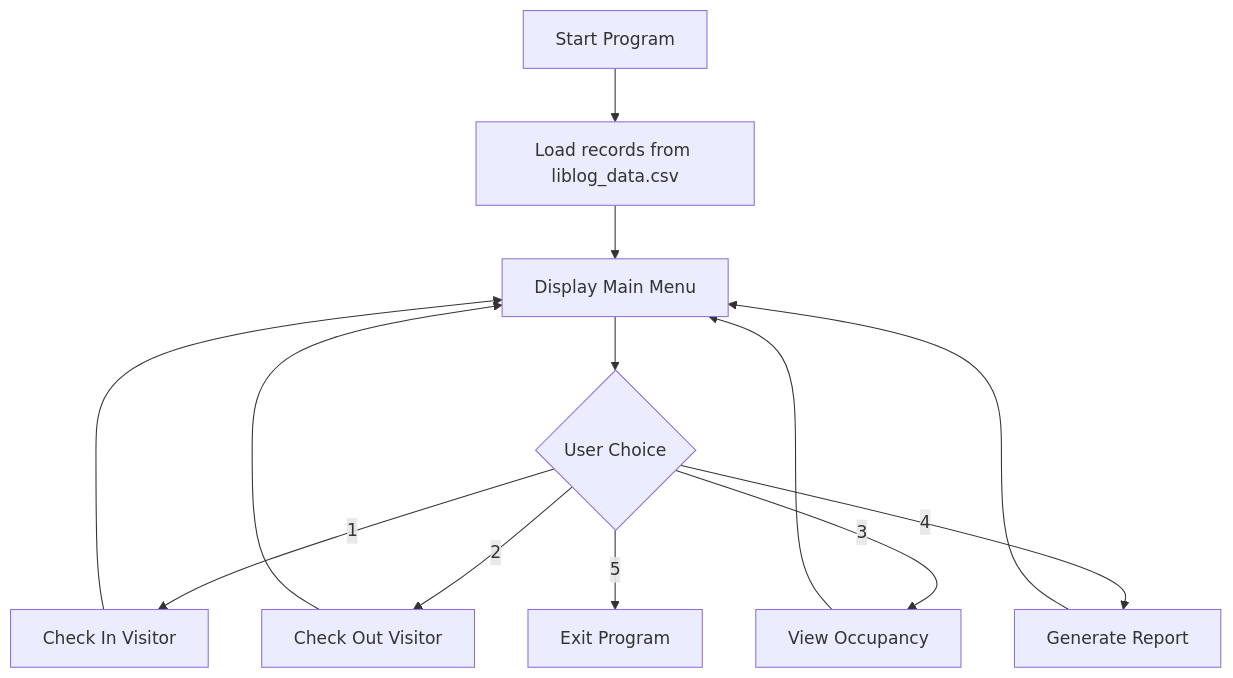
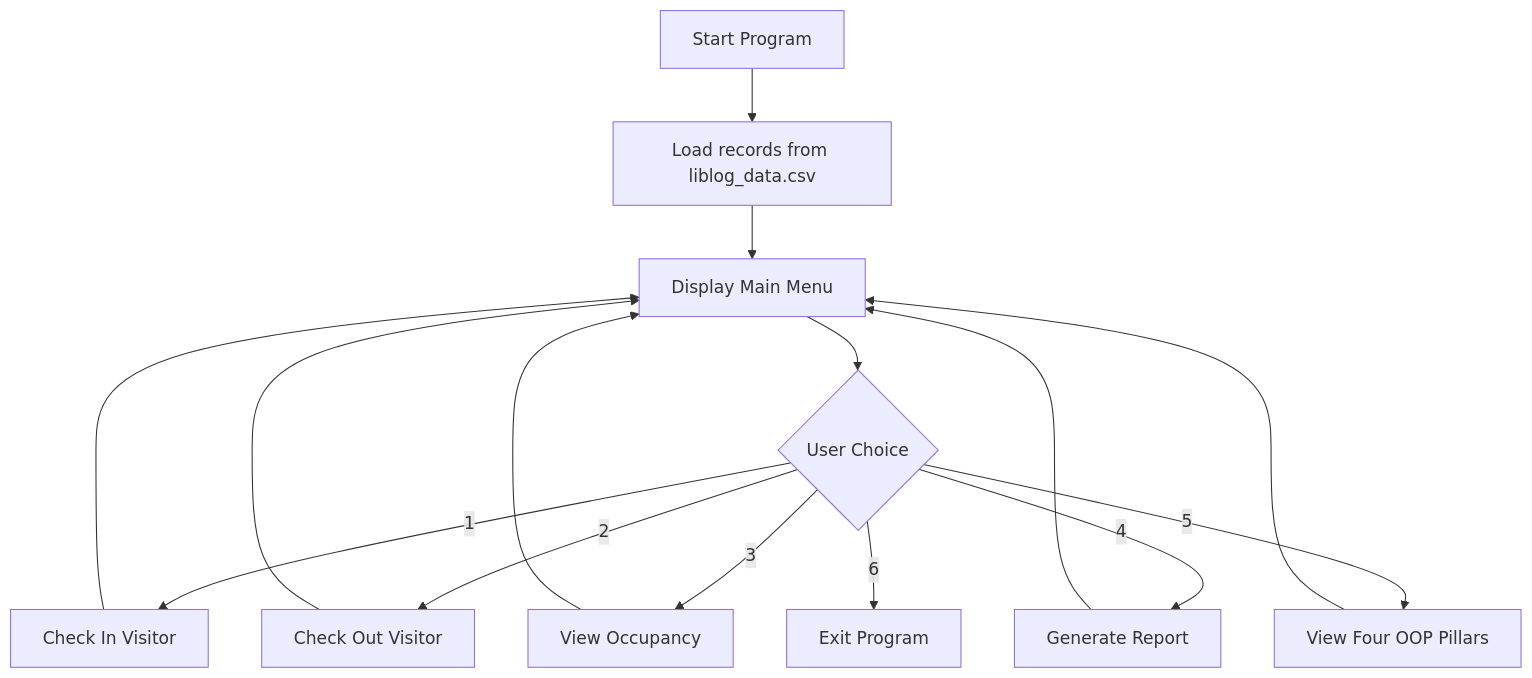
Before and after one commit to KekenGit/LibLogConsole: the fifth of 5 diagrams in DOCUMENTATION.md, drawn with Mermaid. The commit also changed other lines of this file, not shown here.

````diff
--- a/DOCUMENTATION.md
+++ b/DOCUMENTATION.md
@@ -222,25 +289,28 @@
 ```mermaid
 flowchart TD
     Start["Start Program"]
     Load["Load records from liblog_data.csv"]
     Menu["Display Main Menu"]
     Choice{"User Choice"}
     CheckIn["Check In Visitor"]
     CheckOut["Check Out Visitor"]
     Occupancy["View Occupancy"]
     Report["Generate Report"]
+    Pillars["View Four OOP Pillars"]
     Exit["Exit Program"]
 
     Start --> Load
     Load --> Menu
     Menu --> Choice
     Choice -->|"1"| CheckIn
     Choice -->|"2"| CheckOut
     Choice -->|"3"| Occupancy
     Choice -->|"4"| Report
-    Choice -->|"5"| Exit
+    Choice -->|"5"| Pillars
+    Choice -->|"6"| Exit
     CheckIn --> Menu
     CheckOut --> Menu
     Occupancy --> Menu
     Report --> Menu
+    Pillars --> Menu
 ```
````
